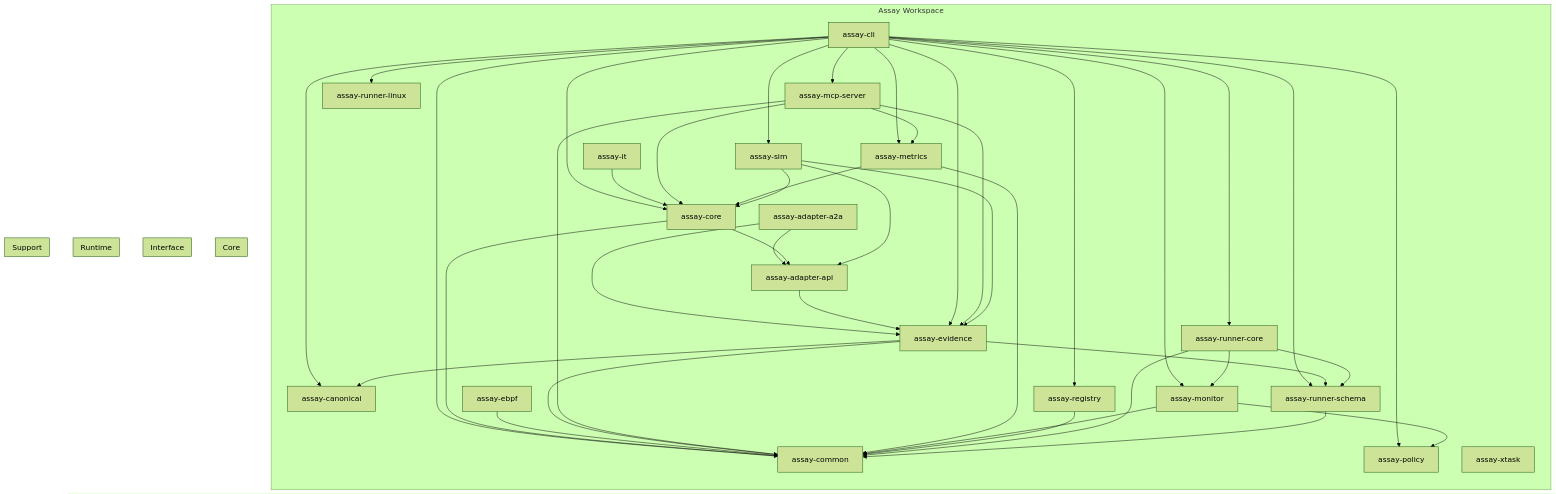
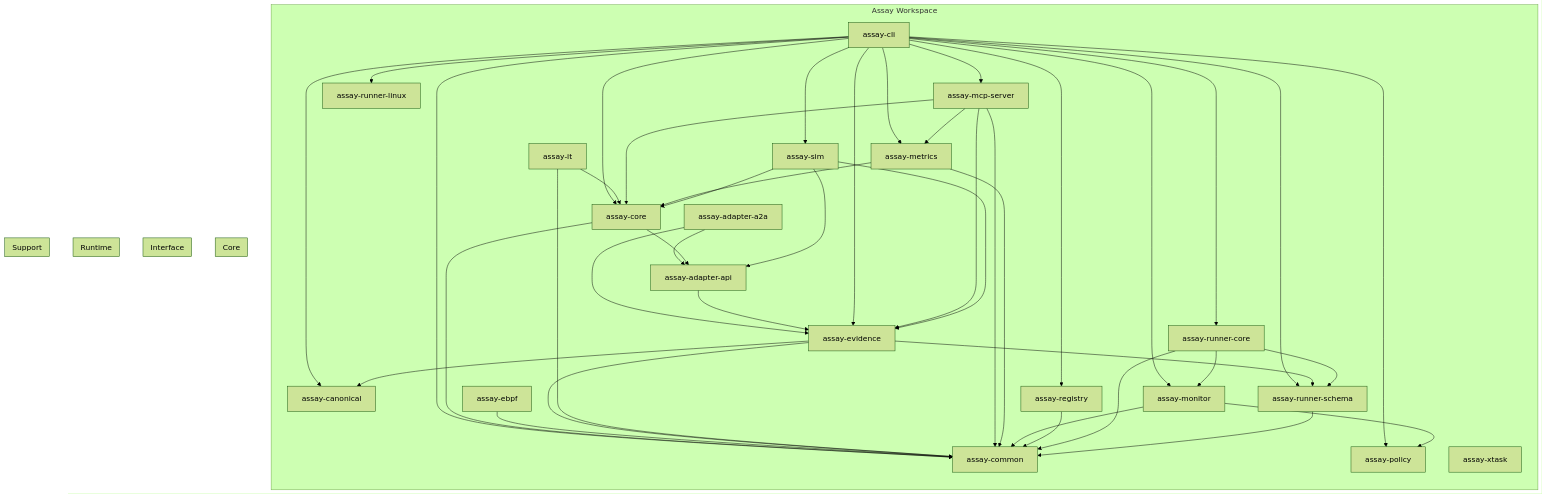
Before and after one commit to Rul1an/assay: diagram 23 of 24 in docs/AIcontext/architecture-diagrams.md, drawn with Mermaid (forest theme). The commit also changed 272 other files, not shown here.

```diff
--- a/docs/AIcontext/architecture-diagrams.md
+++ b/docs/AIcontext/architecture-diagrams.md
@@ -872,6 +872,7 @@
     assay_evidence --> assay_canonical
     assay_evidence --> assay_common
     assay_evidence --> assay_runner_schema
+    assay_it --> assay_common
     assay_it --> assay_core
     assay_mcp_server --> assay_common
     assay_mcp_server --> assay_core
```
